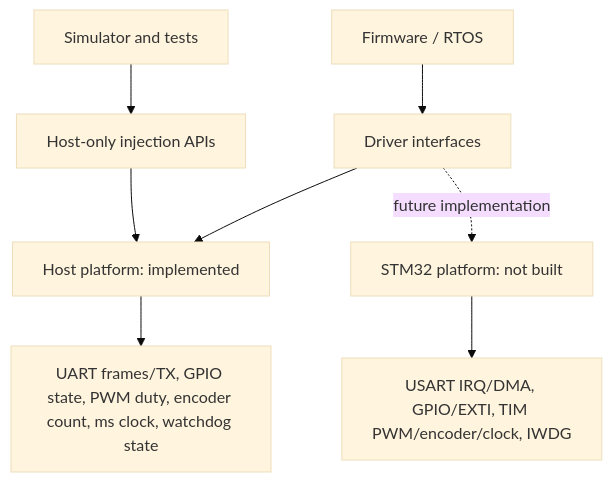
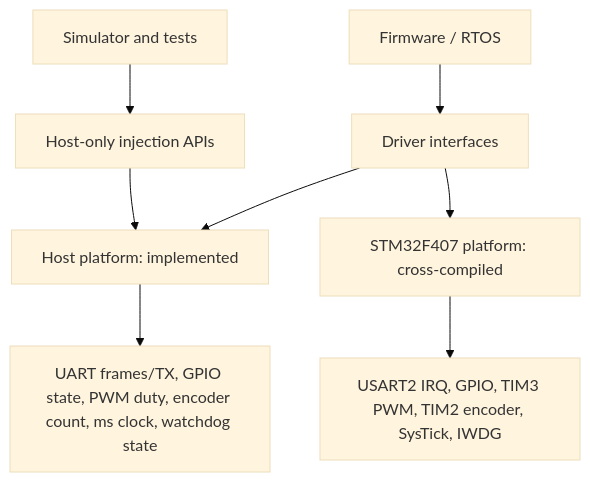
The third of 5 diagrams in docs/architecture.md (damnshah17/real-time-embedded-motion-controller), drawn with Mermaid (base theme) before and after one commit. The commit also changed other lines of this file and 53 other files, not shown here.

````diff
--- a/docs/architecture.md
+++ b/docs/architecture.md
@@ -118,10 +124,10 @@
 ```mermaid
 flowchart TD
     FW[Firmware / RTOS] --> API[Driver interfaces]
     API --> Host[Host platform: implemented]
-    API -. future implementation .-> STM[STM32 platform: not built]
+    API --> STM[STM32F407 platform: cross-compiled]
     Host --> HP[UART frames/TX, GPIO state, PWM duty, encoder count, ms clock, watchdog state]
-    STM --> SP[USART IRQ/DMA, GPIO/EXTI, TIM PWM/encoder/clock, IWDG]
+    STM --> SP[USART2 IRQ, GPIO, TIM3 PWM, TIM2 encoder, SysTick, IWDG]
     Harness[Simulator and tests] --> Inject[Host-only injection APIs]
     Inject --> Host
 ```
````
